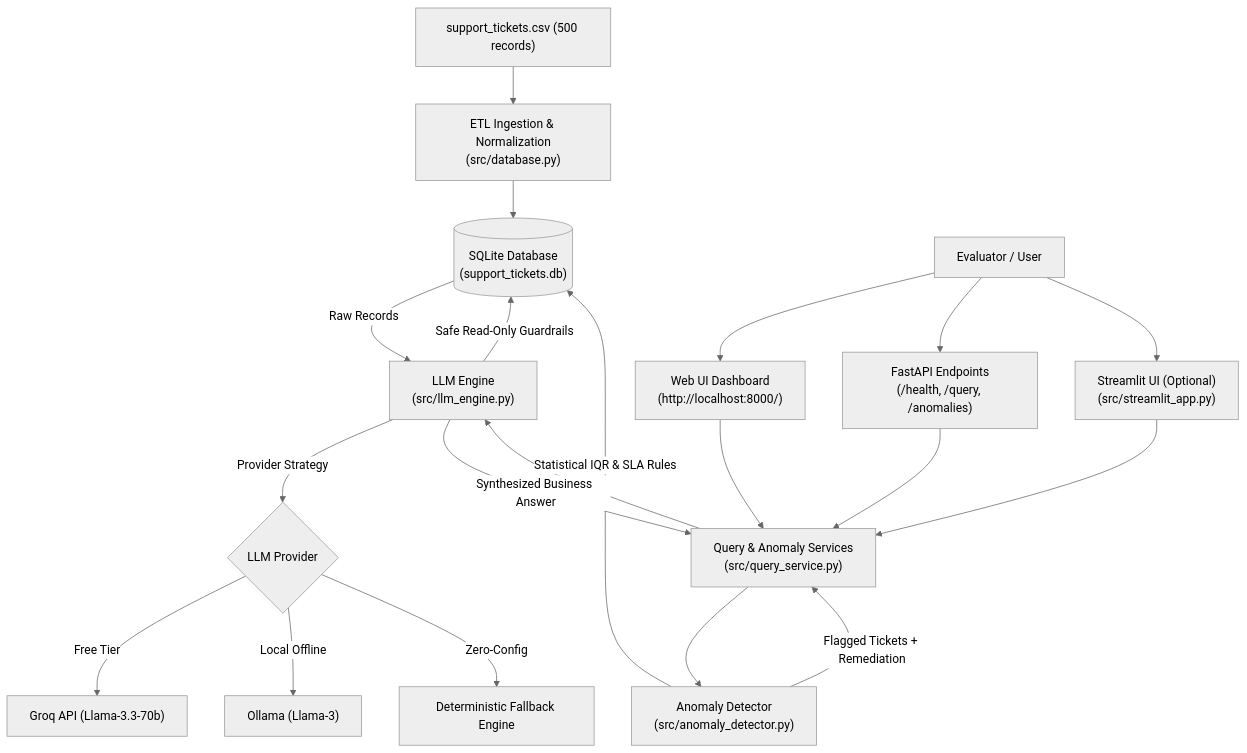
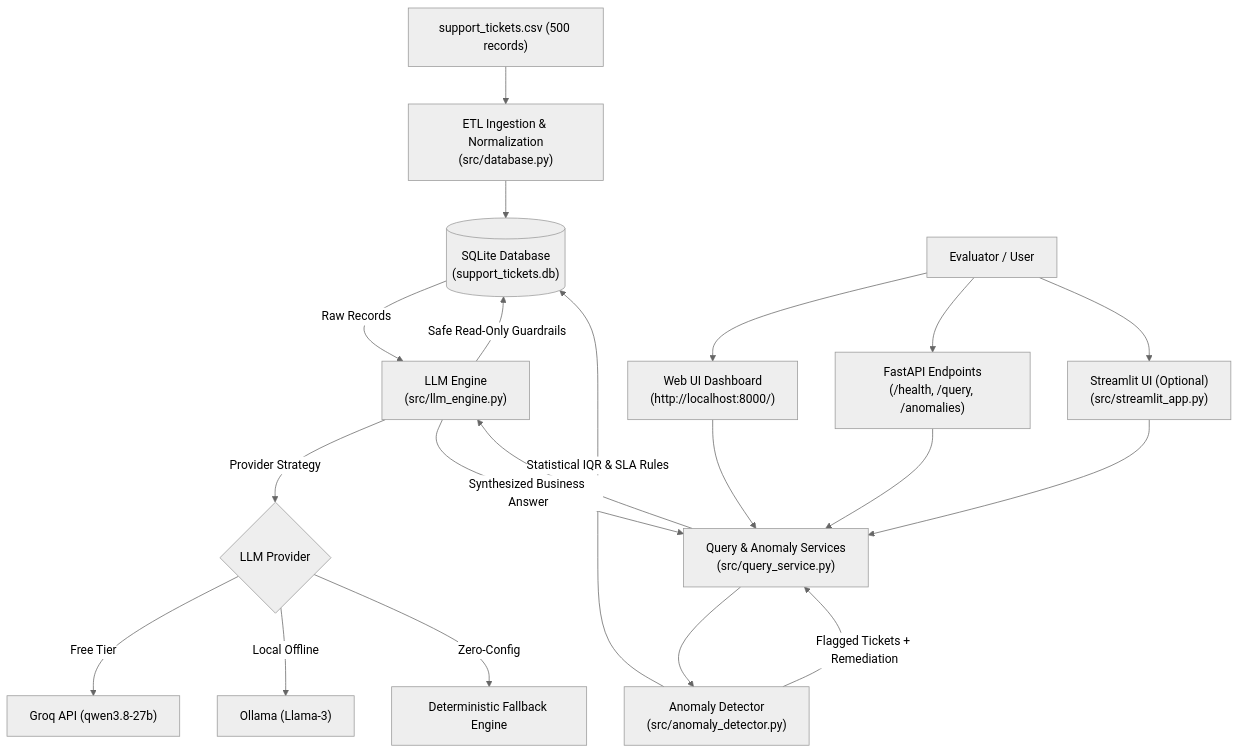
Before and after one commit to KISHANSINHAA/Customer-Support-AI-Intelligence-System: the diagram in README.md, drawn with Mermaid (neutral theme).

Commit message:
done
Updated the model reference in the README to reflect the new Groq API version.

````diff
--- a/README.md
+++ b/README.md
@@ -23,25 +23,25 @@
 ```mermaid
 graph TD
     CSV["support_tickets.csv (500 records)"] --> Ingestion["ETL Ingestion & Normalization\n(src/database.py)"]
     Ingestion --> DB[("SQLite Database\n(support_tickets.db)")]
 
     Evaluator["Evaluator / User"] --> Web["Web UI Dashboard\n(http://localhost:8000/)"]
     Evaluator --> REST["FastAPI Endpoints\n(/health, /query, /anomalies)"]
     Evaluator --> Streamlit["Streamlit UI (Optional)\n(src/streamlit_app.py)"]
 
     Web & REST & Streamlit --> Service["Query & Anomaly Services\n(src/query_service.py)"]
 
     Service --> AnomalyEngine["Anomaly Detector\n(src/anomaly_detector.py)"]
     AnomalyEngine -->|Statistical IQR & SLA Rules| DB
     AnomalyEngine -->|Flagged Tickets + Remediation| Service
 
     Service --> LLMEngine["LLM Engine\n(src/llm_engine.py)"]
     LLMEngine -->|Provider Strategy| Models{"LLM Provider"}
-    Models -->|Free Tier| Groq["Groq API (Llama-3.3-70b)"]
+    Models -->|Free Tier| Groq["Groq API (qwen3.8-27b)"]
     Models -->|Local Offline| Ollama["Ollama (Llama-3)"]
     Models -->|Zero-Config| Fallback["Deterministic Fallback Engine"]
 
     LLMEngine -->|Safe Read-Only Guardrails| DB
     DB -->|Raw Records| LLMEngine
     LLMEngine -->|Synthesized Business Answer| Service
 ```
````
